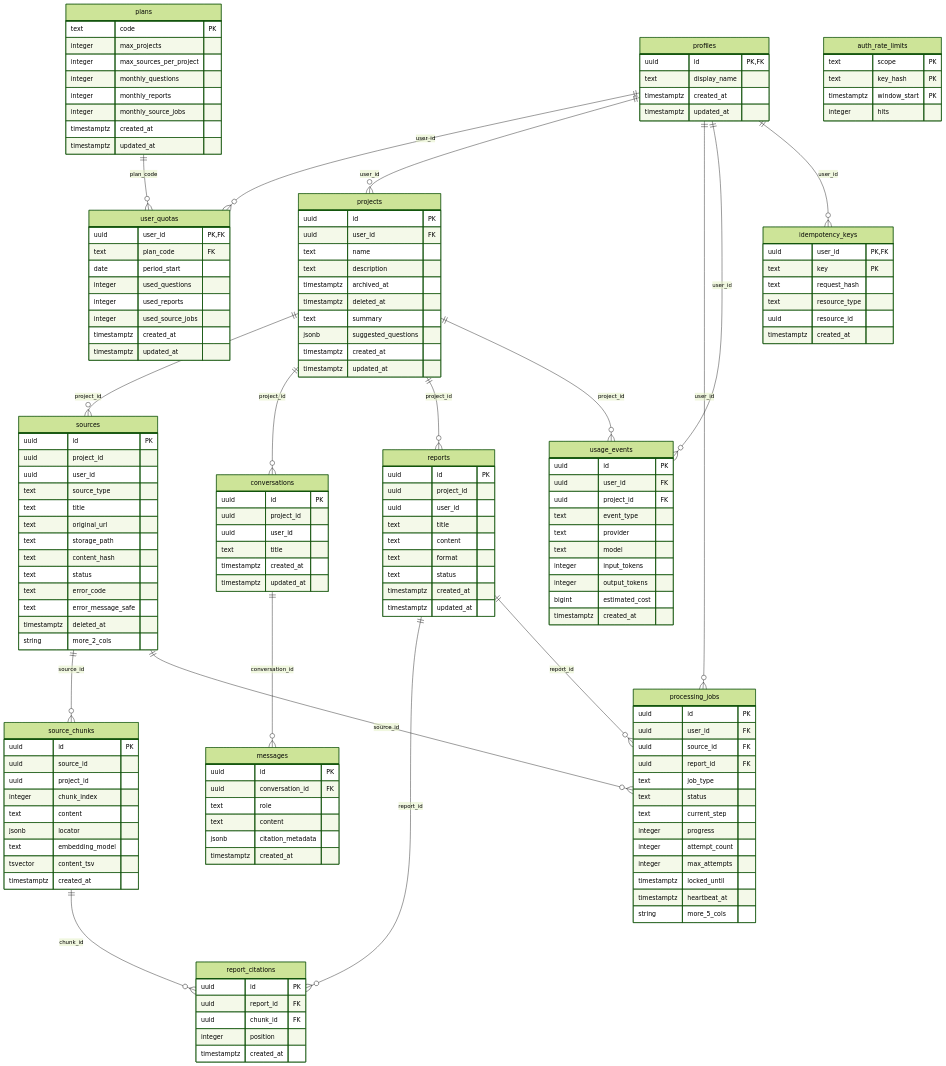
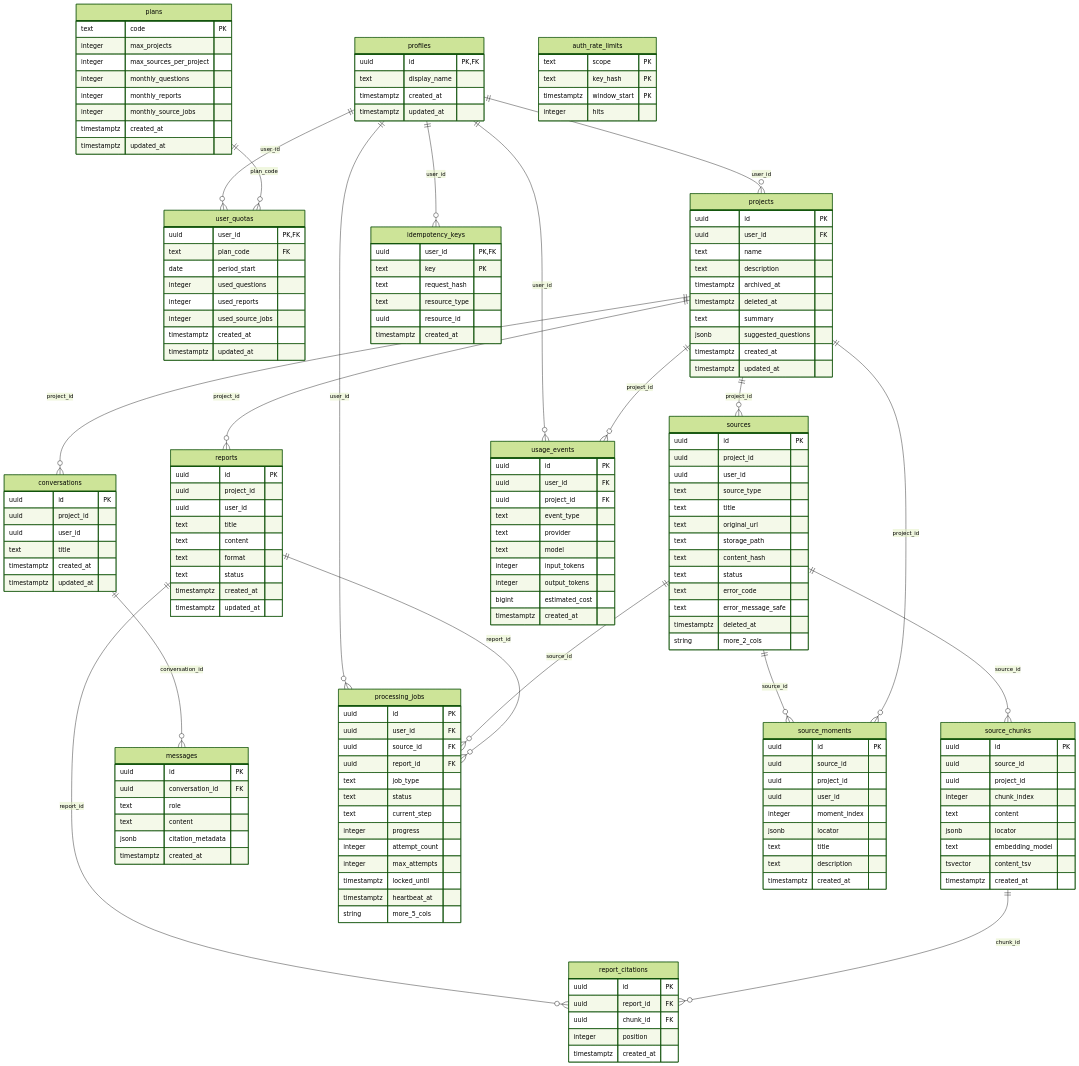
One commit to DevOps0906/KNOWFLOW-AI changed the diagram in docs/diagrams/erd.mmd. Above: the diagram before and after it, drawn with Mermaid (forest theme). The commit also changed 45 other files, not shown here.

```diff
--- a/docs/diagrams/erd.mmd
+++ b/docs/diagrams/erd.mmd
@@ -1,156 +1,169 @@
 erDiagram
   plans {
     text code PK
     integer max_projects
     integer max_sources_per_project
     integer monthly_questions
     integer monthly_reports
     integer monthly_source_jobs
     timestamptz created_at
     timestamptz updated_at
   }
   profiles {
     uuid id PK,FK
     text display_name
     timestamptz created_at
     timestamptz updated_at
   }
   user_quotas {
     uuid user_id PK,FK
     text plan_code FK
     date period_start
     integer used_questions
     integer used_reports
     integer used_source_jobs
     timestamptz created_at
     timestamptz updated_at
   }
   projects {
     uuid id PK
     uuid user_id FK
     text name
     text description
     timestamptz archived_at
     timestamptz deleted_at
     text summary
     jsonb suggested_questions
     timestamptz created_at
     timestamptz updated_at
   }
   sources {
     uuid id PK
     uuid project_id
     uuid user_id
     text source_type
     text title
     text original_url
     text storage_path
     text content_hash
     text status
     text error_code
     text error_message_safe
     timestamptz deleted_at
     string more_2_cols
   }
   source_chunks {
     uuid id PK
     uuid source_id
     uuid project_id
     integer chunk_index
     text content
     jsonb locator
     text embedding_model
     tsvector content_tsv
     timestamptz created_at
   }
   conversations {
     uuid id PK
     uuid project_id
     uuid user_id
     text title
     timestamptz created_at
     timestamptz updated_at
   }
   messages {
     uuid id PK
     uuid conversation_id FK
     text role
     text content
     jsonb citation_metadata
     timestamptz created_at
   }
   reports {
     uuid id PK
     uuid project_id
     uuid user_id
     text title
     text content
     text format
     text status
     timestamptz created_at
     timestamptz updated_at
   }
   report_citations {
     uuid id PK
     uuid report_id FK
     uuid chunk_id FK
     integer position
     timestamptz created_at
   }
   processing_jobs {
     uuid id PK
     uuid user_id FK
     uuid source_id FK
     uuid report_id FK
     text job_type
     text status
     text current_step
     integer progress
     integer attempt_count
     integer max_attempts
     timestamptz locked_until
     timestamptz heartbeat_at
     string more_5_cols
   }
   usage_events {
     uuid id PK
     uuid user_id FK
     uuid project_id FK
     text event_type
     text provider
     text model
     integer input_tokens
     integer output_tokens
     bigint estimated_cost
     timestamptz created_at
   }
   idempotency_keys {
     uuid user_id PK,FK
     text key PK
     text request_hash
     text resource_type
     uuid resource_id
     timestamptz created_at
   }
   auth_rate_limits {
     text scope PK
     text key_hash PK
     timestamptz window_start PK
     integer hits
   }
+  source_moments {
+    uuid id PK
+    uuid source_id
+    uuid project_id
+    uuid user_id
+    integer moment_index
+    jsonb locator
+    text title
+    text description
+    timestamptz created_at
+  }
   profiles ||--o{ user_quotas : "user_id"
   plans ||--o{ user_quotas : "plan_code"
   profiles ||--o{ projects : "user_id"
   projects ||--o{ sources : "project_id"
   sources ||--o{ source_chunks : "source_id"
   projects ||--o{ conversations : "project_id"
   conversations ||--o{ messages : "conversation_id"
   projects ||--o{ reports : "project_id"
   reports ||--o{ report_citations : "report_id"
   source_chunks ||--o{ report_citations : "chunk_id"
   profiles ||--o{ processing_jobs : "user_id"
   sources ||--o{ processing_jobs : "source_id"
   reports ||--o{ processing_jobs : "report_id"
   profiles ||--o{ usage_events : "user_id"
   projects ||--o{ usage_events : "project_id"
   profiles ||--o{ idempotency_keys : "user_id"
+  sources ||--o{ source_moments : "source_id"
+  projects ||--o{ source_moments : "project_id"
```
